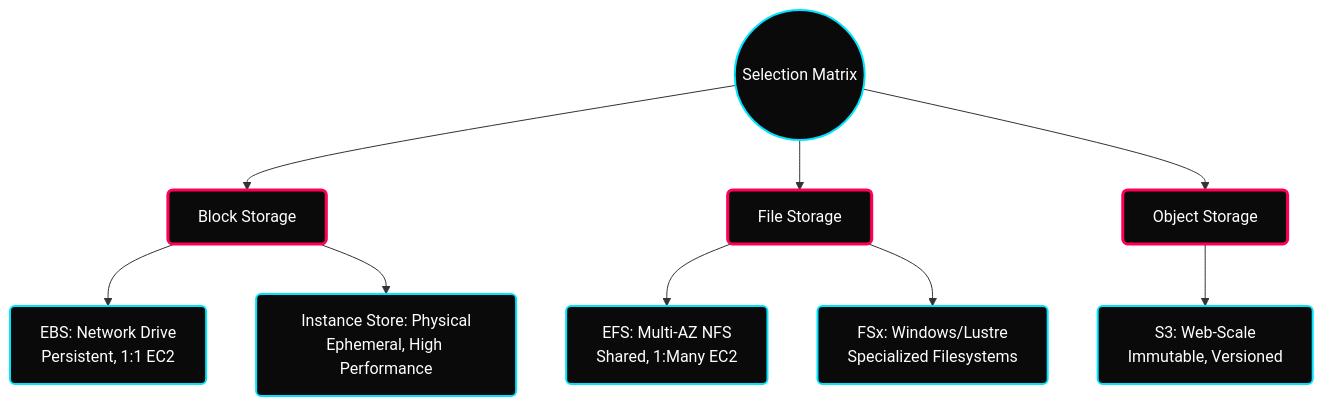
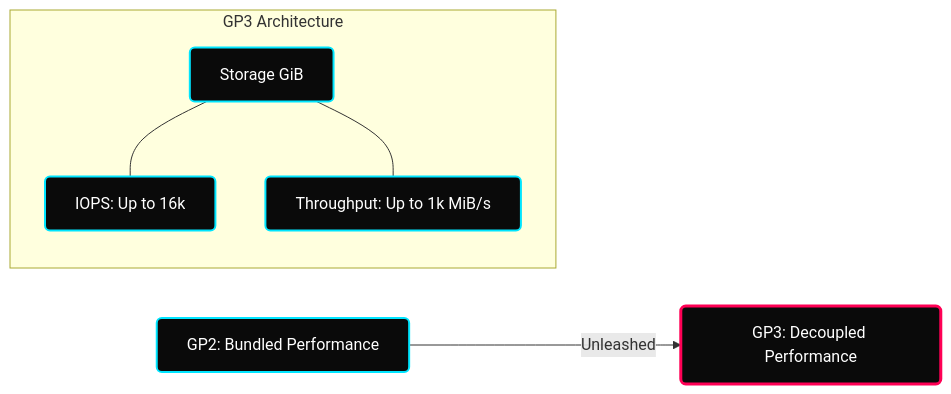
Before and after one commit to hridyen/DevOps-Survival-Roadmap: the diagram in Week-11-AWS-Compute-and-Storage/EBS-EFS-Storage/notes.md, drawn with Mermaid. The commit also changed other lines of this file and 4 other files, not shown here.

````diff
--- a/Week-11-AWS-Compute-and-Storage/EBS-EFS-Storage/notes.md
+++ b/Week-11-AWS-Compute-and-Storage/EBS-EFS-Storage/notes.md
@@ -15,18 +22,15 @@
 ```mermaid
-graph TD
+graph LR
     classDef default fill:#0A0A0A,stroke:#00E5FF,stroke-width:2px,color:#FFFFFF,rx:5px,ry:5px;
-    classDef active fill:#0A0A0A,stroke:#FF0055,stroke-width:3px,color:#FFFFFF,rx:5px,ry:5px;
+    classDef highlight fill:#0A0A0A,stroke:#FF0055,stroke-width:3px,color:#FFFFFF,rx:5px,ry:5px;
 
-    Root((Selection Matrix))
+    GP2[GP2: Bundled Performance] -->|Unleashed| GP3[GP3: Decoupled Performance]:::highlight
     
-    Root --> Block[Block Storage]:::active
-    Block --> EBS[EBS: Network Drive<br/>Persistent, 1:1 EC2]
-    Block --> IS[Instance Store: Physical<br/>Ephemeral, High Performance]
-    
-    Root --> File[File Storage]:::active
-    File --> EFS[EFS: Multi-AZ NFS<br/>Shared, 1:Many EC2]
-    File --> FSx[FSx: Windows/Lustre<br/>Specialized Filesystems]
-    
-    Root --> Object[Object Storage]:::active
-    Object --> S3[S3: Web-Scale<br/>Immutable, Versioned]
+    subgraph GP3 Architecture
+        Size[Storage GiB]
+        IOPS[IOPS: Up to 16k]
+        TP[Throughput: Up to 1k MiB/s]
+        Size --- IOPS
+        Size --- TP
+    end
 ```
````
